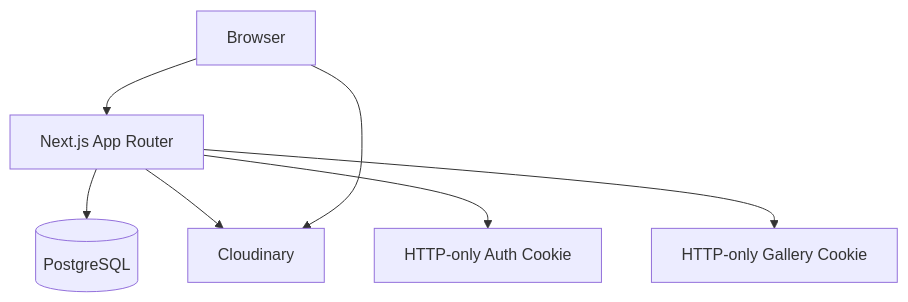
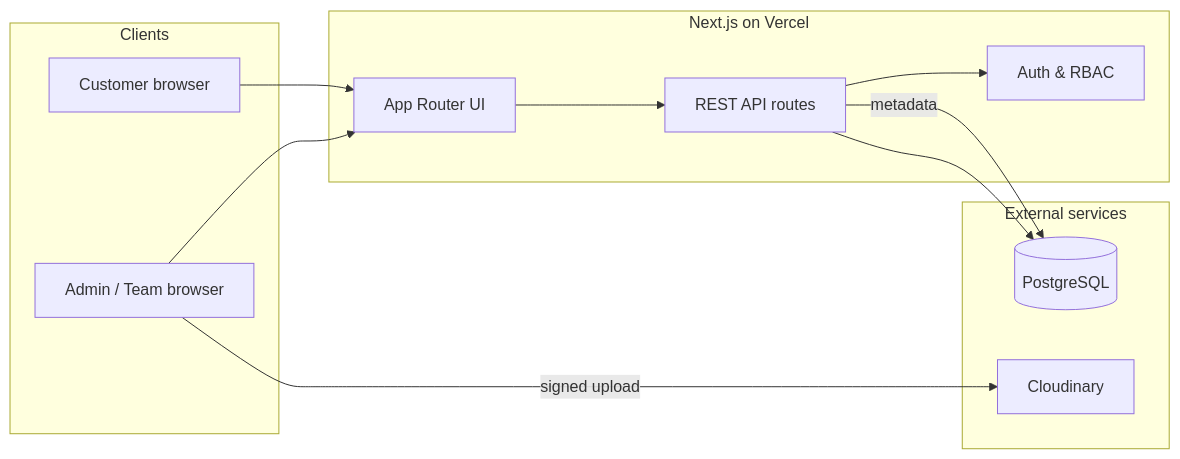
Before and after one commit to Shoaib1890/Trizen-Photobooth: the diagram in README.md, drawn with Mermaid. The commit also changed other lines of this file, not shown here.

First line of the commit message:
docs: rewrite README for reviewers with live demo and architecture

````diff
--- a/README.md
+++ b/README.md
@@ -52,9 +63,26 @@
 ```mermaid
-flowchart TD
-    Browser --> NextJS[Next.js App Router]
-    NextJS --> PostgreSQL[(PostgreSQL)]
-    NextJS --> Cloudinary[Cloudinary]
-    Browser --> Cloudinary
-    NextJS --> AuthSession[HTTP-only Auth Cookie]
-    NextJS --> GallerySession[HTTP-only Gallery Cookie]
+flowchart LR
+  subgraph clients [Clients]
+    Admin[Admin / Team browser]
+    Customer[Customer browser]
+  end
+
+  subgraph app [Next.js on Vercel]
+    UI[App Router UI]
+    API[REST API routes]
+    Auth[Auth & RBAC]
+  end
+
+  subgraph data [External services]
+    DB[(PostgreSQL)]
+    CDN[Cloudinary]
+  end
+
+  Admin --> UI
+  Customer --> UI
+  UI --> API
+  API --> Auth
+  API --> DB
+  Admin -->|signed upload| CDN
+  API -->|metadata| DB
 ```
````
